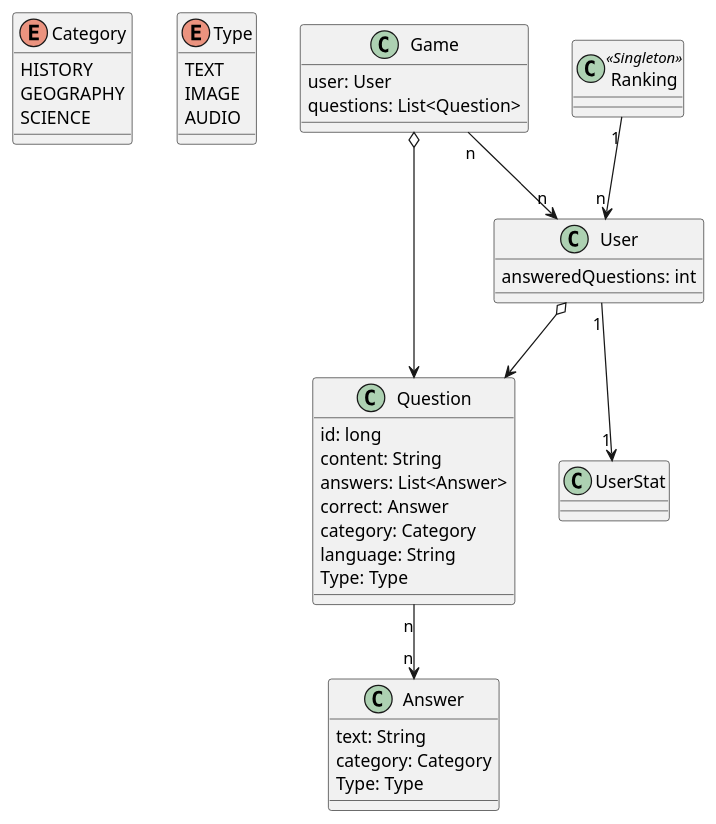
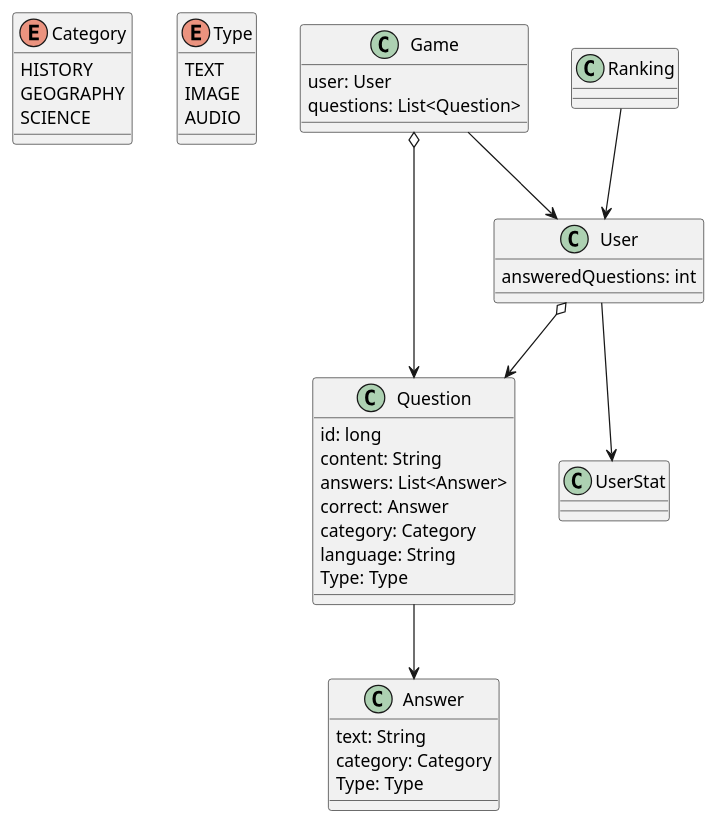
One commit to Arquisoft/wiq_en2b changed the diagram in docs/src/08_concepts.adoc. Above: the diagram before and after it, drawn with PlantUML.

Commit message:
Chore: Simplified the diagram according to the error message

```diff
--- a/docs/src/08_concepts.adoc
+++ b/docs/src/08_concepts.adoc
@@ -9,58 +9,58 @@
 [plantuml,"ConceptsDomainModel1",png]
 ----
 @startuml
 
 enum Category {
     HISTORY
     GEOGRAPHY
     SCIENCE
 }
 
 enum Type {
     TEXT
     IMAGE
     AUDIO
 }
 
 class Question{
     id: long
     content: String
     answers: List<Answer>
     correct: Answer
     category: Category
     language: String
     Type: Type
 }
 
 class User{
     answeredQuestions: int
 }
 
 class UserStat{
 }
 
 class Answer {
     text: String
     category: Category
     Type: Type
 }
 
 class Game {
     user: User
     questions: List<Question>
 }
 
 
-class Ranking << Singleton >> {
+class Ranking {
     
 }
 
 User  o--> Question
-User "1" --> "1" UserStat
+User -->  UserStat
 Game  o--> Question
-Game "n" --> "n" User
-Question "n" --> "n" Answer
-Ranking "1" --> "n" User
+Game --> User
+Question --> Answer
+Ranking  --> User
 
 @enduml
 ----
```
